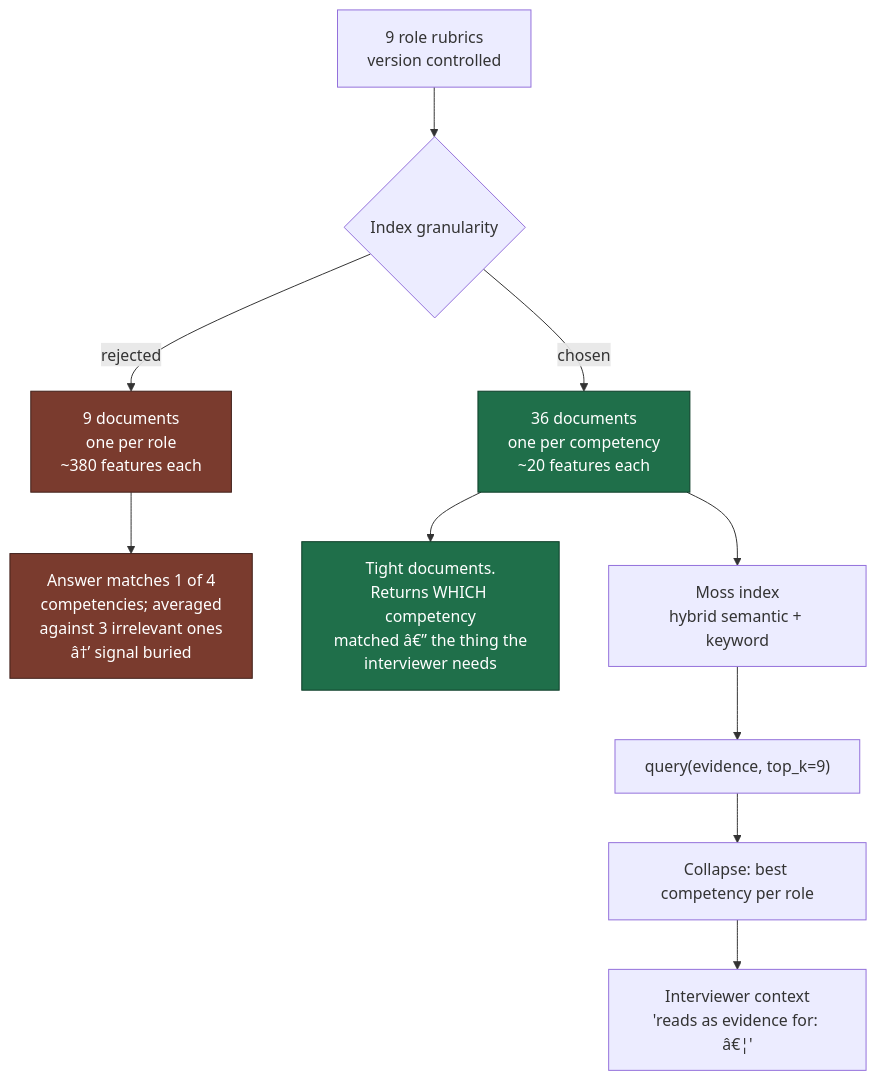
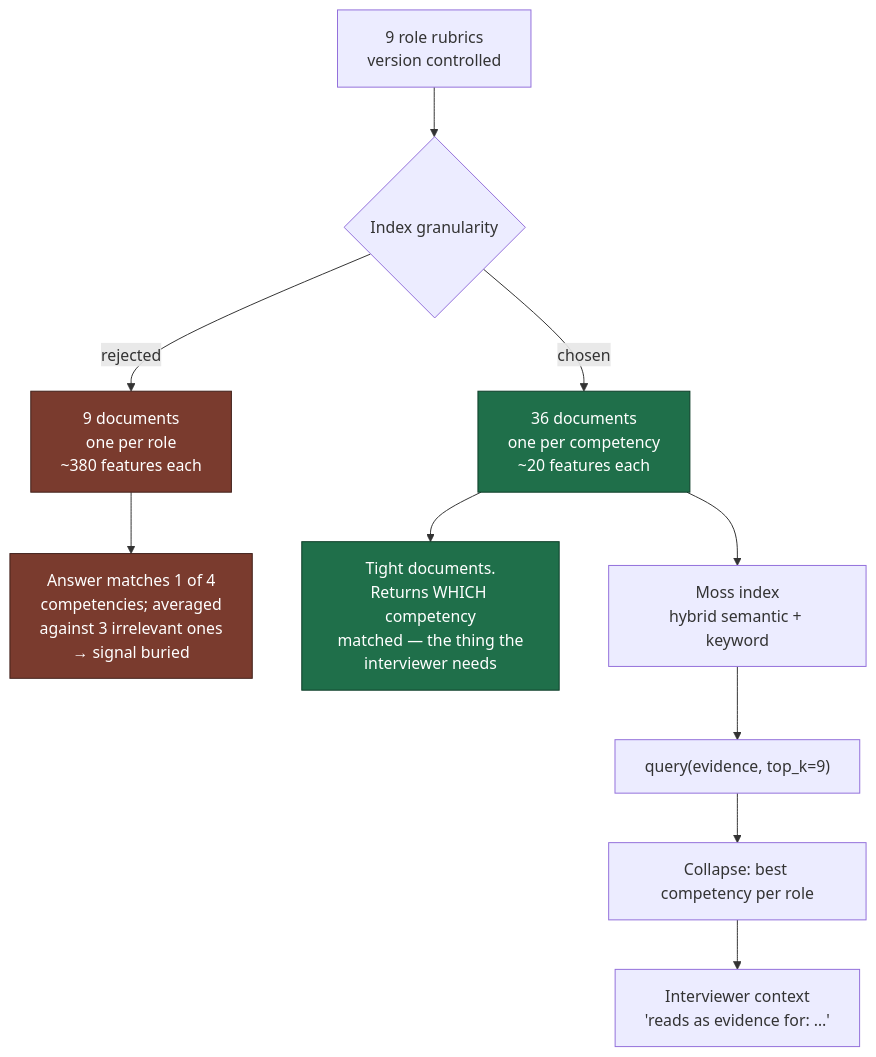
One commit to Oruwe/HR_agent changed the fourth of 8 diagrams in docs/ARCHITECTURE.md. Above: the diagram before and after it, drawn with Mermaid. The commit also changed other lines of this file and 1 other file, not shown here.

First line of the commit message:
Fix mojibake in README and ARCHITECTURE.md

````diff
--- a/docs/ARCHITECTURE.md
+++ b/docs/ARCHITECTURE.md
@@ -161,20 +161,20 @@
 ```mermaid
 flowchart TB
     R["9 role rubrics<br/>version controlled"] --> SPLIT{"Index granularity"}
 
     SPLIT -->|"rejected"| WHOLE["9 documents<br/>one per role<br/>~380 features each"]
     SPLIT -->|"chosen"| PER["36 documents<br/>one per competency<br/>~20 features each"]
 
-    WHOLE --> PROB["Answer matches 1 of 4<br/>competencies; averaged<br/>against 3 irrelevant ones<br/>â†’ signal buried"]
-    PER --> GOOD["Tight documents.<br/>Returns WHICH competency<br/>matched â€” the thing the<br/>interviewer needs"]
+    WHOLE --> PROB["Answer matches 1 of 4<br/>competencies; averaged<br/>against 3 irrelevant ones<br/>→ signal buried"]
+    PER --> GOOD["Tight documents.<br/>Returns WHICH competency<br/>matched — the thing the<br/>interviewer needs"]
 
     PER --> MOSS["Moss index<br/>hybrid semantic + keyword"]
     MOSS --> Q["query(evidence, top_k=9)"]
     Q --> COLLAPSE["Collapse: best competency per role"]
-    COLLAPSE --> CTX["Interviewer context<br/>'reads as evidence for: â€¦'"]
+    COLLAPSE --> CTX["Interviewer context<br/>'reads as evidence for: …'"]
 
     classDef bad fill:#7a3b2e,stroke:#40201a,color:#fff
     classDef good fill:#1f6f4a,stroke:#0d3d28,color:#fff
     class WHOLE,PROB bad
     class PER,GOOD good
 ```
````
